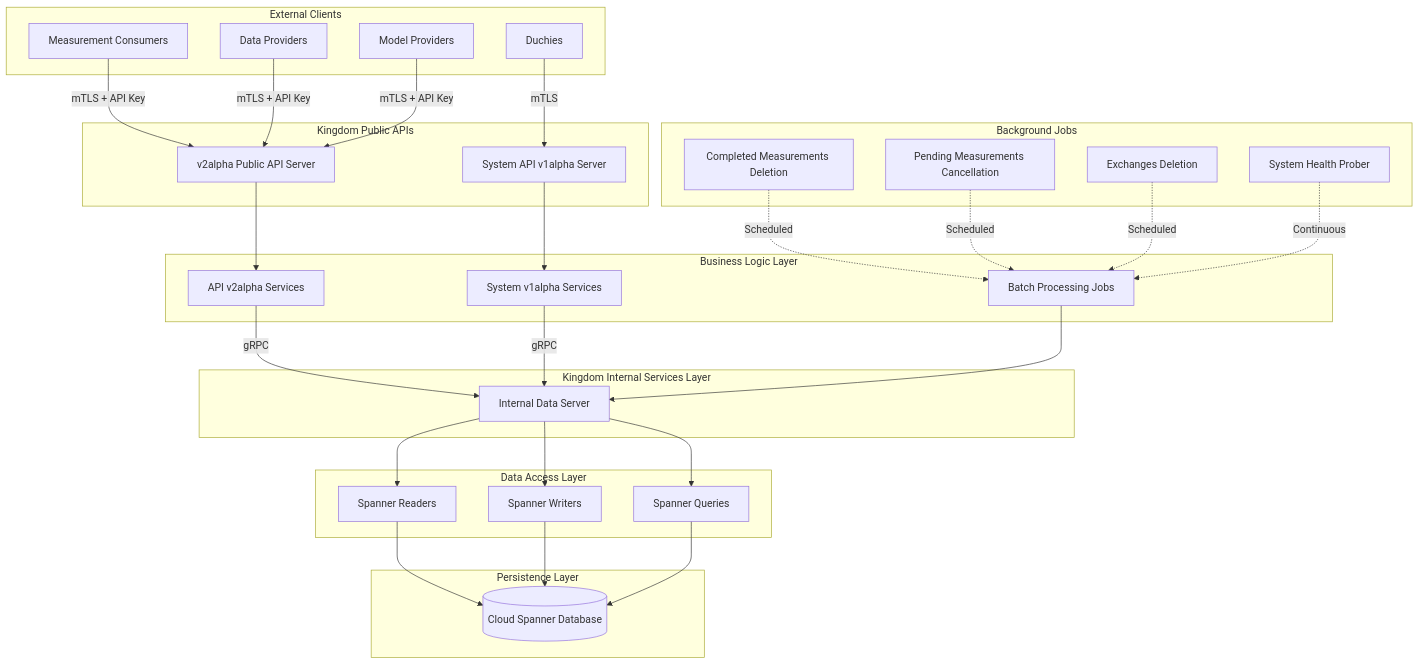
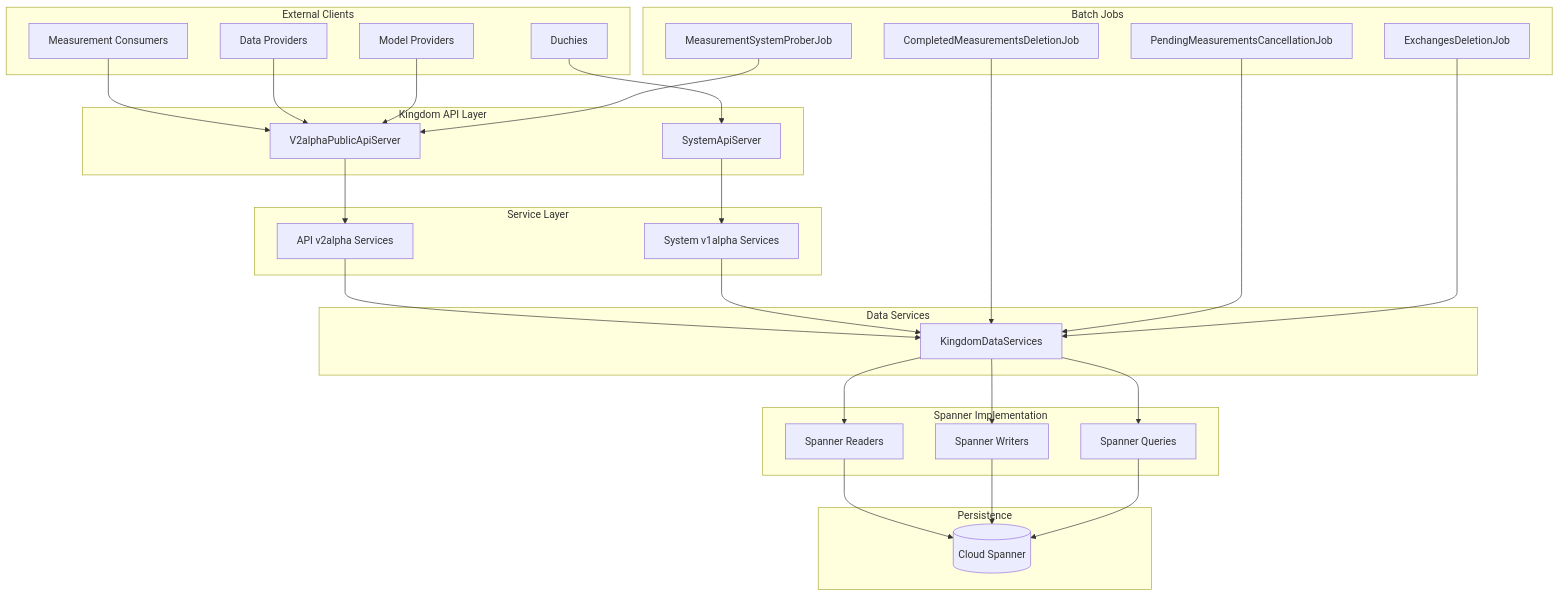
The diagram in docs/architecture/kingdom.md (world-federation-of-advertisers/cross-media-measurement), drawn with Mermaid before and after one commit. The commit also changed other lines of this file and 249 other files, not shown here.

````diff
--- a/docs/architecture/kingdom.md
+++ b/docs/architecture/kingdom.md
@@ -33,66 +32,64 @@
 ```mermaid
 graph TB
     subgraph "External Clients"
         MC[Measurement Consumers]
         DP[Data Providers]
         DU[Duchies]
         MP[Model Providers]
     end
 
-    subgraph "Kingdom Public APIs"
-        V2API[v2alpha Public API Server]
-        SysAPI[System API v1alpha Server]
+    subgraph "Kingdom API Layer"
+        V2API[V2alphaPublicApiServer]
+        SysAPI[SystemApiServer]
     end
 
-    subgraph "Kingdom Internal Services Layer"
-        InternalAPI[Internal Data Server]
+    subgraph "Service Layer"
+        ApiV2[API v2alpha Services]
+        ApiSys[System v1alpha Services]
     end
 
-    subgraph "Business Logic Layer"
-        ApiV2[API v2alpha Services]
-        ApiSys[System v1alpha Services]
-        Batch[Batch Processing Jobs]
+    subgraph "Data Services"
+        DataSvc[KingdomDataServices]
     end
 
-    subgraph "Data Access Layer"
+    subgraph "Spanner Implementation"
         Readers[Spanner Readers]
         Writers[Spanner Writers]
         Queries[Spanner Queries]
     end
 
-    subgraph "Persistence Layer"
-        Spanner[(Cloud Spanner Database)]
+    subgraph "Persistence"
+        Spanner[(Cloud Spanner)]
     end
 
-    subgraph "Background Jobs"
-        DelJob[Completed Measurements Deletion]
-        CancelJob[Pending Measurements Cancellation]
-        ExchJob[Exchanges Deletion]
-        ProbeJob[System Health Prober]
+    subgraph "Batch Jobs"
+        DelJob[CompletedMeasurementsDeletionJob]
+        CancelJob[PendingMeasurementsCancellationJob]
+        ExchJob[ExchangesDeletionJob]
+        ProbeJob[MeasurementSystemProberJob]
     end
 
-    MC -->|mTLS + API Key| V2API
-    DP -->|mTLS + API Key| V2API
-    MP -->|mTLS + API Key| V2API
-    DU -->|mTLS| SysAPI
+    MC --> V2API
+    DP --> V2API
+    MP --> V2API
+    DU --> SysAPI
 
     V2API --> ApiV2
     SysAPI --> ApiSys
 
-    ApiV2 -->|gRPC| InternalAPI
-    ApiSys -->|gRPC| InternalAPI
+    ApiV2 --> DataSvc
+    ApiSys --> DataSvc
 
-    InternalAPI --> Readers
-    InternalAPI --> Writers
-    InternalAPI --> Queries
+    DataSvc --> Readers
+    DataSvc --> Writers
+    DataSvc --> Queries
 
     Readers --> Spanner
     Writers --> Spanner
     Queries --> Spanner
 
-    Batch --> InternalAPI
-    DelJob -.->|Scheduled| Batch
-    CancelJob -.->|Scheduled| Batch
-    ExchJob -.->|Scheduled| Batch
-    ProbeJob -.->|Continuous| Batch
+    DelJob --> DataSvc
+    CancelJob --> DataSvc
+    ExchJob --> DataSvc
+    ProbeJob --> V2API
 ```
````
